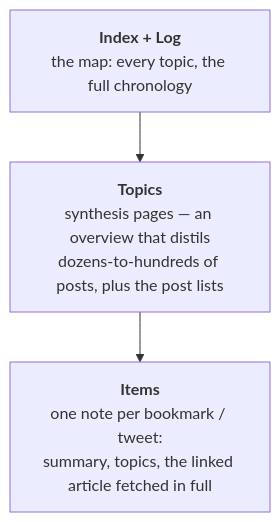
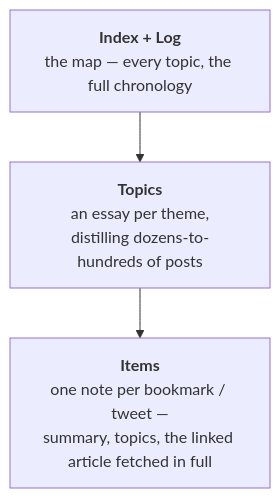
The first of 3 diagrams in README.md (VGonPa/xbrain), drawn with Mermaid before and after one commit. The commit also changed other lines of this file, not shown here.

````diff
--- a/README.md
+++ b/README.md
@@ -44,7 +69,7 @@
 ```mermaid
 flowchart TB
-    Index["<b>Index + Log</b><br/>the map: every topic, the full chronology"]
-    Topics["<b>Topics</b><br/>synthesis pages — an overview that distils<br/>dozens-to-hundreds of posts, plus the post lists"]
-    Items["<b>Items</b><br/>one note per bookmark / tweet:<br/>summary, topics, the linked article fetched in full"]
+    Index["<b>Index + Log</b><br/>the map — every topic, the full chronology"]
+    Topics["<b>Topics</b><br/>an essay per theme,<br/>distilling dozens-to-hundreds of posts"]
+    Items["<b>Items</b><br/>one note per bookmark / tweet —<br/>summary, topics, the linked article fetched in full"]
     Index --> Topics --> Items
 ```
````
